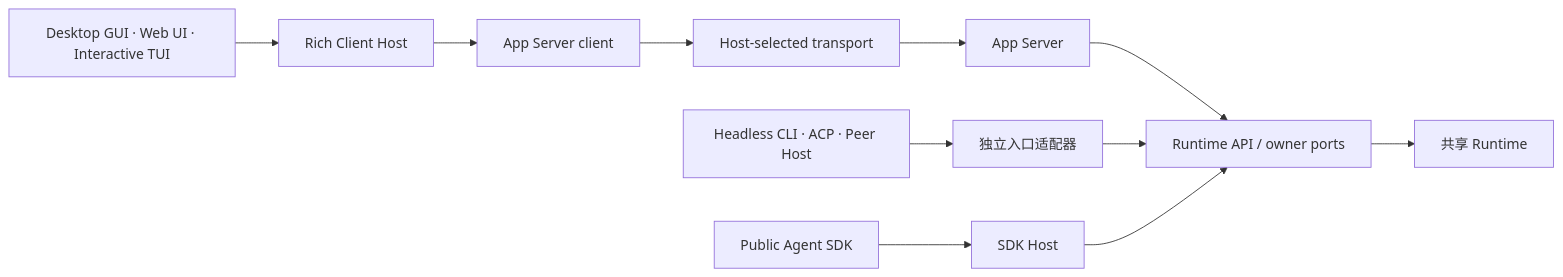
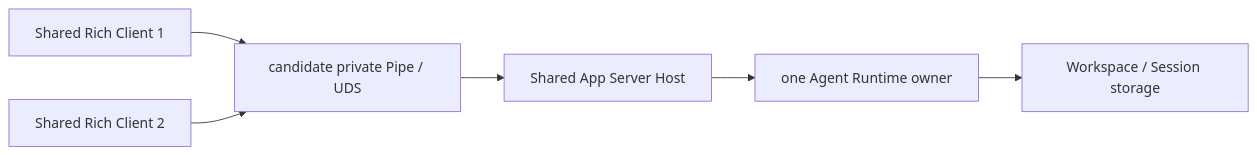
Before and after one commit to 1688mengdie/BitFun: the ninth of 16 diagrams in docs/architecture/product-architecture.md, drawn with Mermaid. The commit also changed other lines of this file and 4 other files, not shown here.

Commit message:
docs: refine TUI runtime and management boundaries

````diff
--- a/docs/architecture/product-architecture.md
+++ b/docs/architecture/product-architecture.md
@@ -581,13 +606,8 @@
 ```mermaid
 flowchart LR
-  Rich["Desktop GUI · Web UI · Interactive TUI"] --> Host["Rich Client Host"]
-  Host --> Client["App Server client"]
-  Client --> Transport["Host-selected transport"]
-  Transport --> AppServer["App Server"]
-  Other["Headless CLI · ACP · Peer Host"] --> Adapter["独立入口适配器"]
-  SDK["Public Agent SDK"] --> SDKHost["SDK Host"]
-  AppServer --> API["Runtime API / owner ports"]
-  Adapter --> API
-  SDKHost --> API
-  API --> Runtime["共享 Runtime"]
+  C1["Shared Rich Client 1"] --> Transport["candidate private Pipe / UDS"]
+  C2["Shared Rich Client 2"] --> Transport
+  Transport --> Host["Shared App Server Host"]
+  Host --> Runtime["one Agent Runtime owner"]
+  Runtime --> Storage["Workspace / Session storage"]
 ```
````
